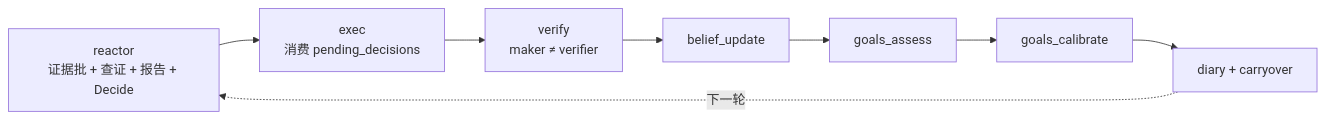
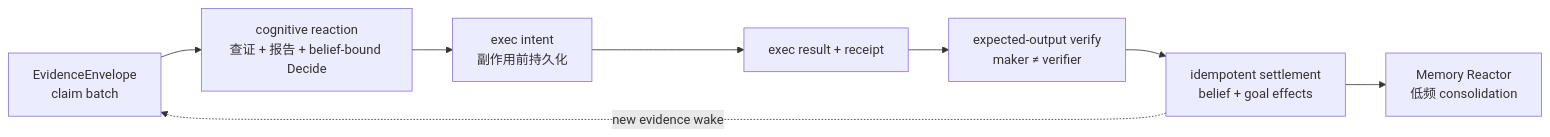
One commit to imjszhang/js-evolution-agent changed the third of 9 diagrams in docs/mechanism-diagram.md. Above: the diagram before and after it, drawn with Mermaid. The commit also changed other lines of this file and 237 other files, not shown here.

````diff
--- a/docs/mechanism-diagram.md
+++ b/docs/mechanism-diagram.md
@@ -112,10 +110,10 @@
 ```mermaid
 flowchart LR
-  A["reactor<br/>证据批 + 查证 + 报告 + Decide"] --> B["exec<br/>消费 pending_decisions"]
-  B --> C["verify<br/>maker ≠ verifier"]
-  C --> D["belief_update"]
-  D --> E["goals_assess"]
-  E --> F["goals_calibrate"]
-  F --> G["diary + carryover"]
-  G -.->|下一轮| A
+  A["EvidenceEnvelope<br/>claim batch"] --> B["cognitive reaction<br/>查证 + 报告 + belief-bound Decide"]
+  B --> C["exec intent<br/>副作用前持久化"]
+  C --> D["exec result + receipt"]
+  D --> E["expected-output verify<br/>maker ≠ verifier"]
+  E --> F["idempotent settlement<br/>belief + goal effects"]
+  F --> G["Memory Reactor<br/>低频 consolidation"]
+  F -.->|new evidence wake| A
 ```
````
